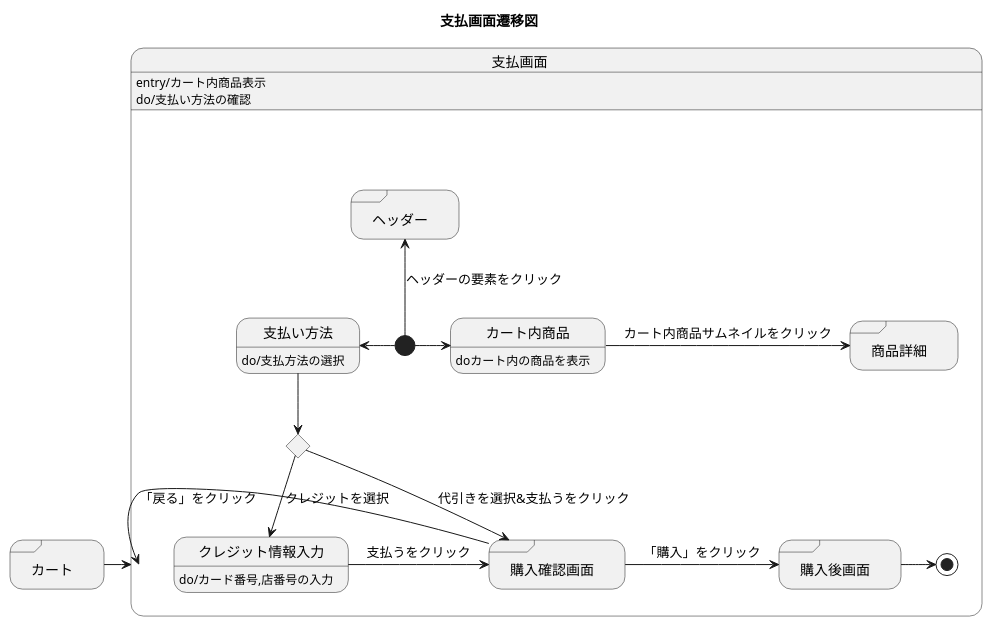
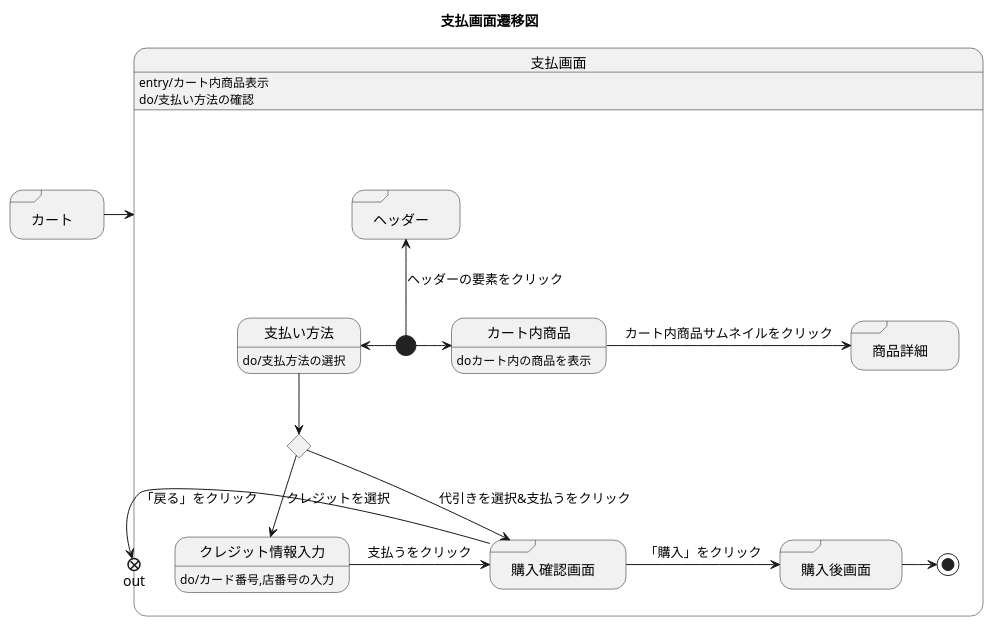
The diagram in 支払画面.md (akutori/T-D-E), drawn with PlantUML before and after one commit.

Commit message:
編集

````diff
--- a/支払画面.md
+++ b/支払画面.md
@@ -1,33 +1,34 @@
 ```uml
 @startuml
 title 支払画面遷移図
 state 支払画面:entry/カート内商品表示
 state 支払画面:do/支払い方法の確認
 state "カート" as cart <<sdlreceive>>
 
 cart->支払画面
 
 state 支払画面{
     state input <<choice>>
     state "ヘッダー" as headder <<sdlreceive>>
     state "購入確認画面" as PurchaseConfirmation <<sdlreceive>>
     state "商品詳細" as detail <<sdlreceive>>
     state "購入後画面" as boughtpage <<sdlreceive>>
+    state out <<exitpoint>>
     state 支払い方法:do/支払方法の選択
     state クレジット情報入力:do/カード番号,店番号の入力
     state カート内商品:doカート内の商品を表示
 
     [*]-left->支払い方法
     [*]->カート内商品
     [*]-up->headder : ヘッダーの要素をクリック
     支払い方法-->input
     input-> PurchaseConfirmation : 代引きを選択&支払うをクリック
     input--> クレジット情報入力 : クレジットを選択
     クレジット情報入力 -> PurchaseConfirmation : 支払うをクリック
     カート内商品->detail : カート内商品サムネイルをクリック
     PurchaseConfirmation -> boughtpage : 「購入」をクリック
-    PurchaseConfirmation -> 支払画面 : 「戻る」をクリック
+    PurchaseConfirmation -> out : 「戻る」をクリック
     boughtpage ->[*]
 }
 @enduml
 ```
````
